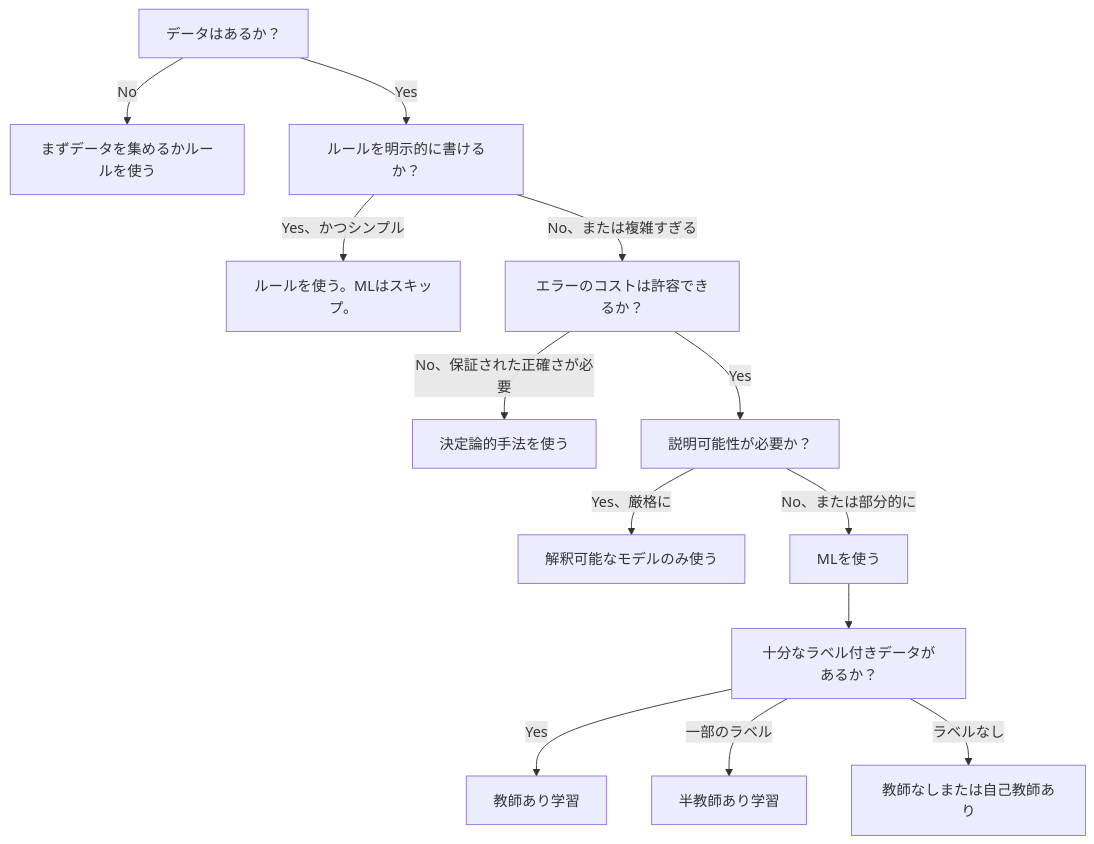
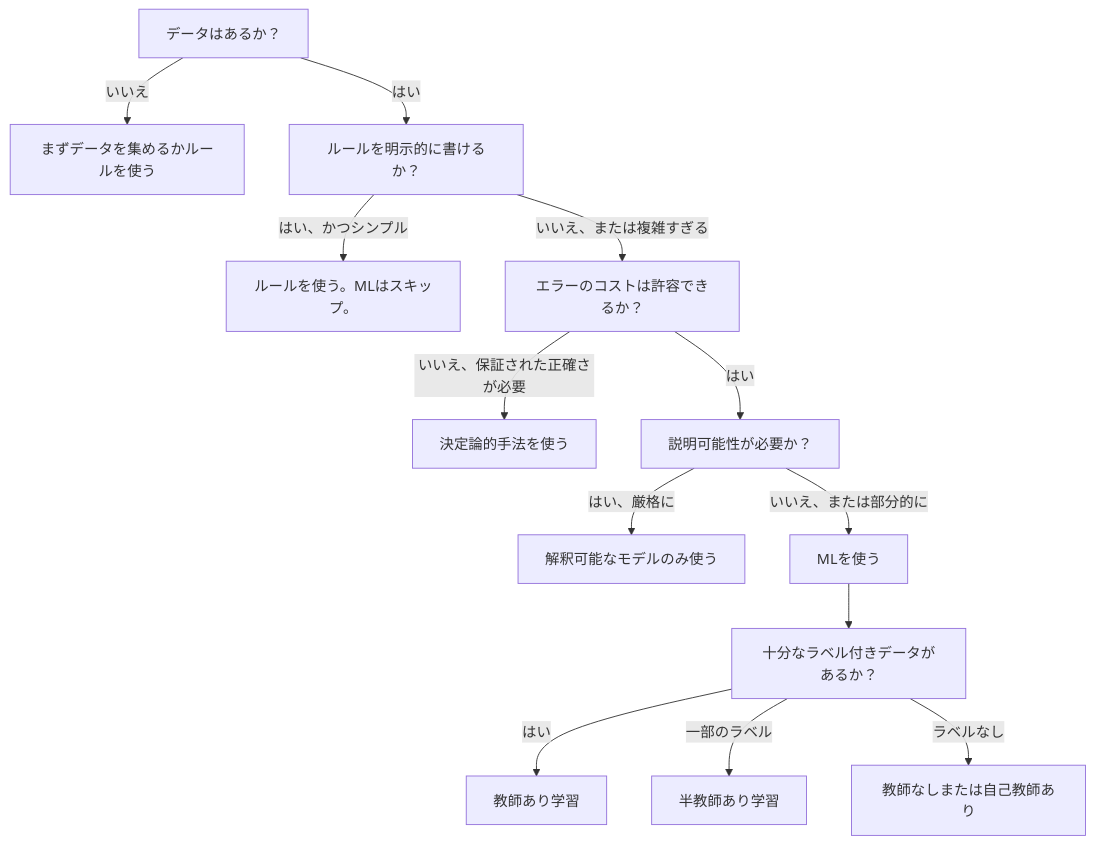
Before and after one commit to shoshoshomen/synapse-academy: the sixth of 6 diagrams in content/phases/02-ml-fundamentals/01-what-is-machine-learning/lesson.ja.md, drawn with Mermaid. The commit also changed 124 other files, not shown here.

First line of the commit message:
feat(i18n): mermaid図のラベルを日本語化(194レッスン/374図)

````diff
--- a/content/phases/02-ml-fundamentals/01-what-is-machine-learning/lesson.ja.md
+++ b/content/phases/02-ml-fundamentals/01-what-is-machine-learning/lesson.ja.md
@@ -271,15 +271,15 @@
 ```mermaid
 flowchart TD
-    A["データはあるか？"] -->|No| B["まずデータを集めるかルールを使う"]
-    A -->|Yes| C["ルールを明示的に書けるか？"]
-    C -->|"Yes、かつシンプル"| D["ルールを使う。MLはスキップ。"]
-    C -->|"No、または複雑すぎる"| E["エラーのコストは許容できるか？"]
-    E -->|"No、保証された正確さが必要"| F["決定論的手法を使う"]
-    E -->|Yes| G["説明可能性が必要か？"]
-    G -->|"Yes、厳格に"| H["解釈可能なモデルのみ使う"]
-    G -->|"No、または部分的に"| I["MLを使う"]
+    A["データはあるか？"] -->|"いいえ"| B["まずデータを集めるかルールを使う"]
+    A -->|"はい"| C["ルールを明示的に書けるか？"]
+    C -->|"はい、かつシンプル"| D["ルールを使う。MLはスキップ。"]
+    C -->|"いいえ、または複雑すぎる"| E["エラーのコストは許容できるか？"]
+    E -->|"いいえ、保証された正確さが必要"| F["決定論的手法を使う"]
+    E -->|"はい"| G["説明可能性が必要か？"]
+    G -->|"はい、厳格に"| H["解釈可能なモデルのみ使う"]
+    G -->|"いいえ、または部分的に"| I["MLを使う"]
     I --> J["十分なラベル付きデータがあるか？"]
-    J -->|Yes| K["教師あり学習"]
+    J -->|"はい"| K["教師あり学習"]
     J -->|"一部のラベル"| L["半教師あり学習"]
     J -->|"ラベルなし"| M["教師なしまたは自己教師あり"]
 ```
````
